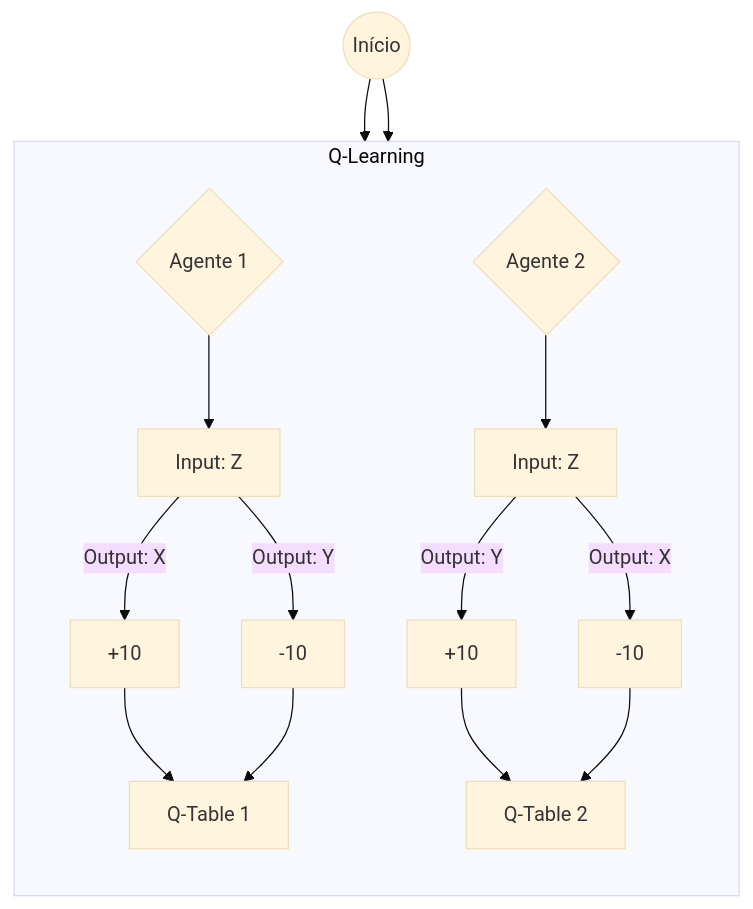
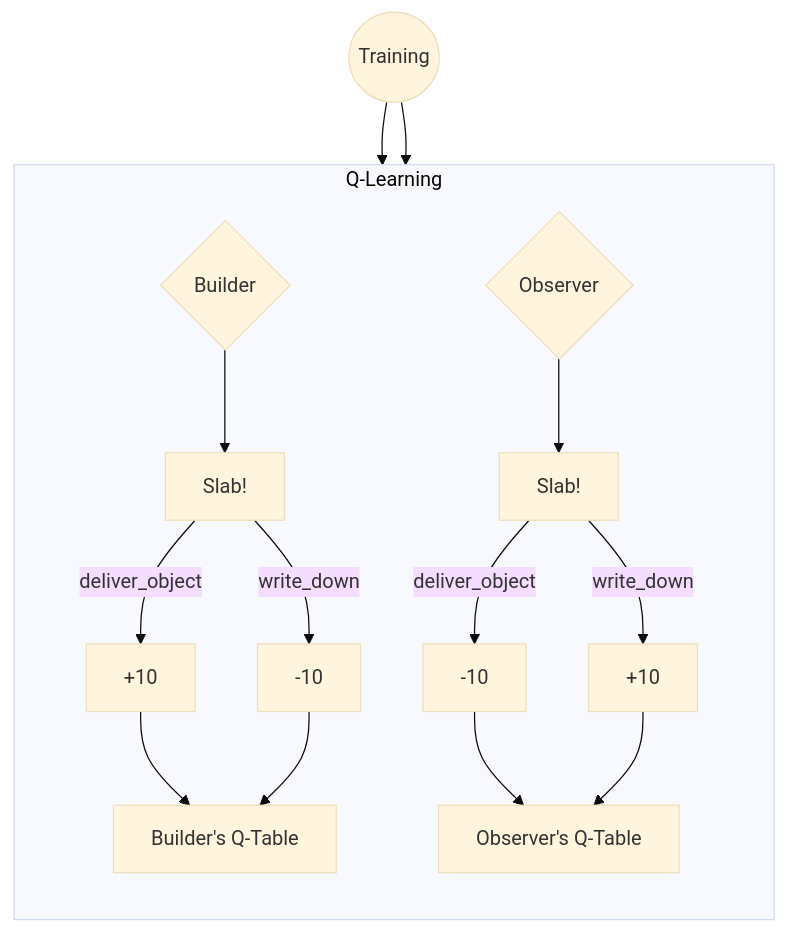
Before and after one commit to leosantos2003/Language-Games: the first of 2 diagrams in README.md, drawn with Mermaid (base theme). The commit also changed other lines of this file, not shown here.

````diff
--- a/README.md
+++ b/README.md
@@ -58,29 +58,29 @@
 ```mermaid
 graph TD
     %% --- INÍCIO ---
-    Start((Início)) --> Ag1{Agente 1}
-    Start --> Ag2{Agente 2}
+    Start((Training)) --> Ag1{Builder}
+    Start --> Ag2{Observer}
 
     %% --- ÁREA Q-LEARNING ---
     subgraph Q_Learning [Q-Learning]
         direction TB
         
         %% Caminho do Agente 1
-        Ag1 --> InputZ_A1[Input: Z]
-        InputZ_A1 -- Output: X --> Pos1[+10]
-        InputZ_A1 -- Output: Y --> Neg1[-10]
+        Ag1 --> InputZ_A1["Slab!"]
+        InputZ_A1 -- deliver_object --> Pos1[+10]
+        InputZ_A1 -- write_down --> Neg1[-10]
         
         %% Agente 1 atualiza a Q-Table 1
-        Pos1 --> QT1[Q-Table 1]
+        Pos1 --> QT1[Builder's Q-Table]
         Neg1 --> QT1
 
         %% Caminho do Agente 2
-        Ag2 --> InputZ_A2[Input: Z]
-        InputZ_A2 -- Output: Y --> Pos2[+10]
-        InputZ_A2 -- Output: X --> Neg2[-10]
+        Ag2 --> InputZ_A2["Slab!"]
+        InputZ_A2 -- deliver_object --> Pos2[-10]
+        InputZ_A2 -- write_down --> Neg2[+10]
 
         %% Agente 2 atualiza a Q-Table 2
-        Pos2 --> QT2[Q-Table 2]
+        Pos2 --> QT2[Observer's Q-Table]
         Neg2 --> QT2
     end
 ```
````
